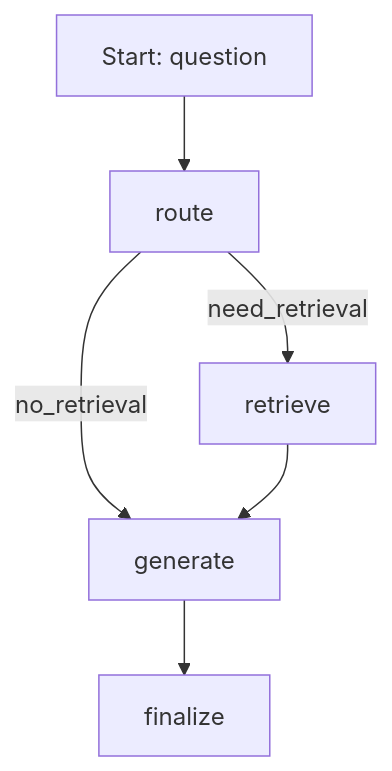
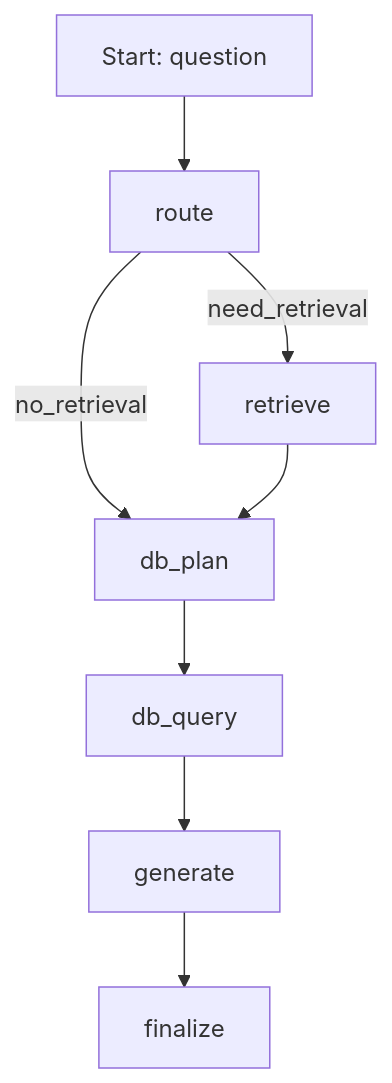
One commit to MaoEmong/LagGraph-Rag changed the diagram in .context/04GraphSpec.md. Above: the diagram before and after it, drawn with Mermaid. The commit also changed other lines of this file and 40 other files, not shown here.

````diff
--- a/.context/04GraphSpec.md
+++ b/.context/04GraphSpec.md
@@ -32,8 +34,10 @@
 ```mermaid
 flowchart TD
   A[Start: question] --> B[route]
-  B -->|no_retrieval| D[generate]
   B -->|need_retrieval| C[retrieve]
-  C --> D[generate]
+  B -->|no_retrieval| P[db_plan]
+  C --> P[db_plan]
+  P --> Q[db_query]
+  Q --> D[generate]
   D --> E[finalize]
 ```
````
